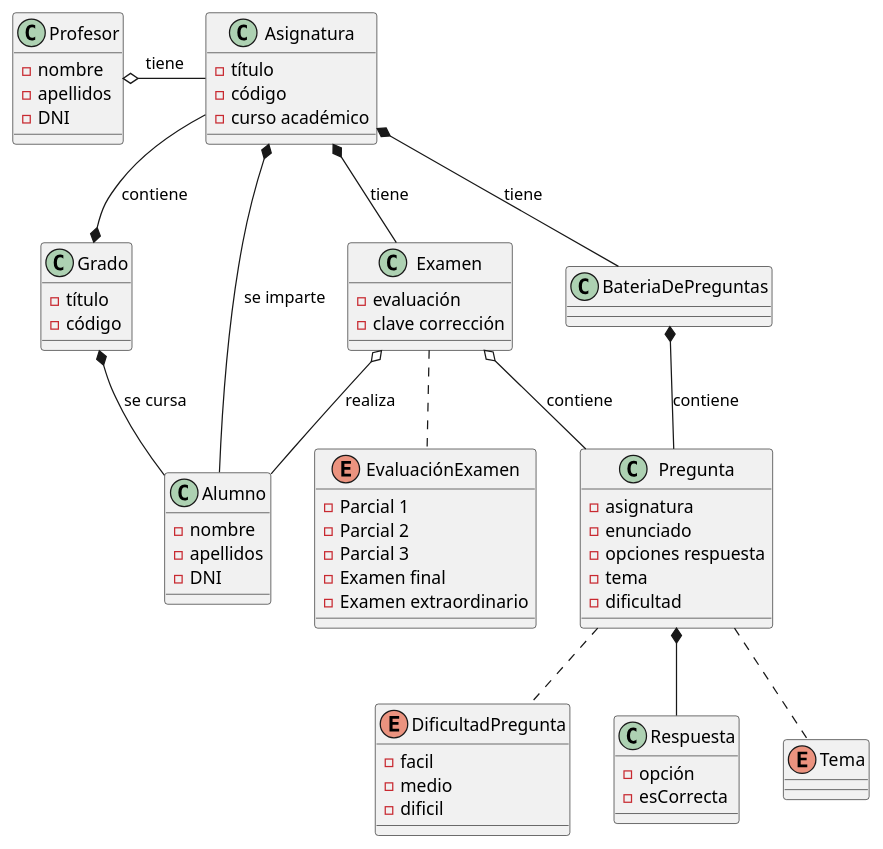
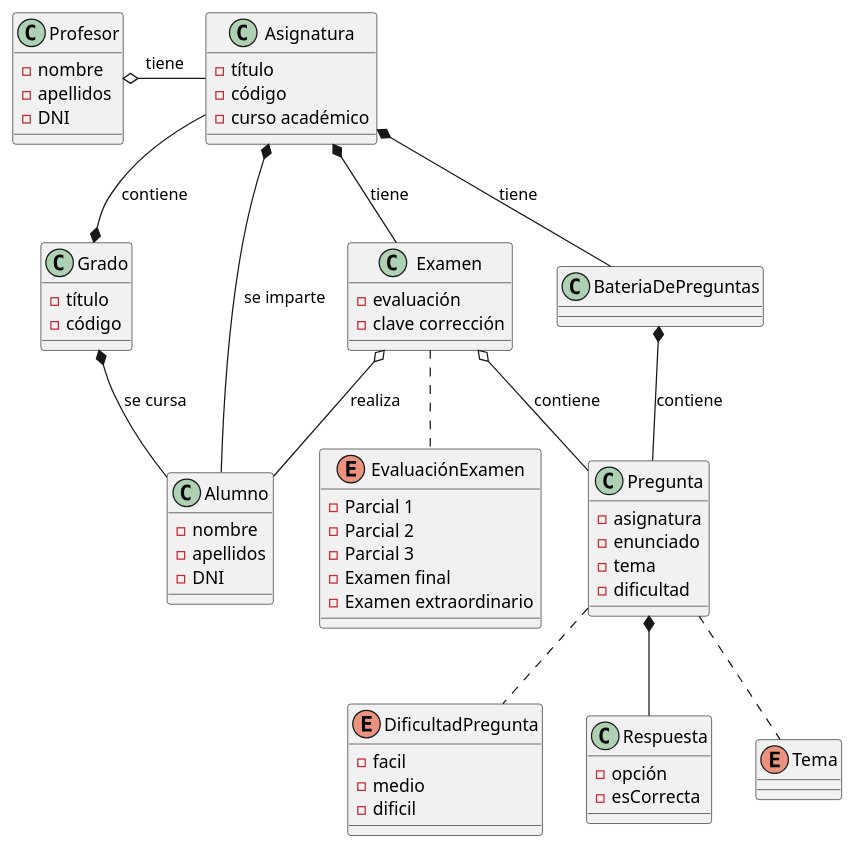
Before and after one commit to martinlopez7/25-26-IdSw1-SdR: the diagram in documents/modelos/diagramas/diagramaEntidad/diagramaEntidad.puml, drawn with PlantUML. The commit also changed 1 other file, not shown here.

```diff
--- a/documents/modelos/diagramas/diagramaEntidad/diagramaEntidad.puml
+++ b/documents/modelos/diagramas/diagramaEntidad/diagramaEntidad.puml
@@ -1,68 +1,67 @@
 @startuml
 class Examen{
  - evaluación
  - clave corrección
 }
 class Asignatura{
  - título
  - código
  - curso académico
 }
 class Pregunta{
  - asignatura
  - enunciado
- - opciones respuesta
  - tema
  - dificultad
 }
 class BateriaDePreguntas{
 }
 class Grado{
  - título
  - código
 }
 class Profesor{
  - nombre
  - apellidos
  - DNI
 }
 class Alumno{
  - nombre
  - apellidos
  - DNI
 }
 enum EvaluaciónExamen{
  - Parcial 1
  - Parcial 2
  - Parcial 3
  - Examen final
  - Examen extraordinario
 }
 enum DificultadPregunta{
  - facil
  - medio
  - dificil
 }
 
 class Respuesta{
  - opción
  - esCorrecta
 }
 
 enum Tema{
 }
 
 Respuesta -u-* Pregunta
 Pregunta .. DificultadPregunta
 Pregunta -u-o Examen : contiene
 Pregunta -u-* BateriaDePreguntas : contiene
 Examen .. EvaluaciónExamen
 BateriaDePreguntas -u-* Asignatura : tiene
 Examen -u-* Asignatura : tiene
 Profesor o-r- Asignatura : tiene
 Asignatura --* Grado : contiene
 Alumno -u-o Examen : realiza
 Alumno -u-* Asignatura : se imparte
 Alumno -u-* Grado : se cursa
 Pregunta .. Tema
 @enduml
```
